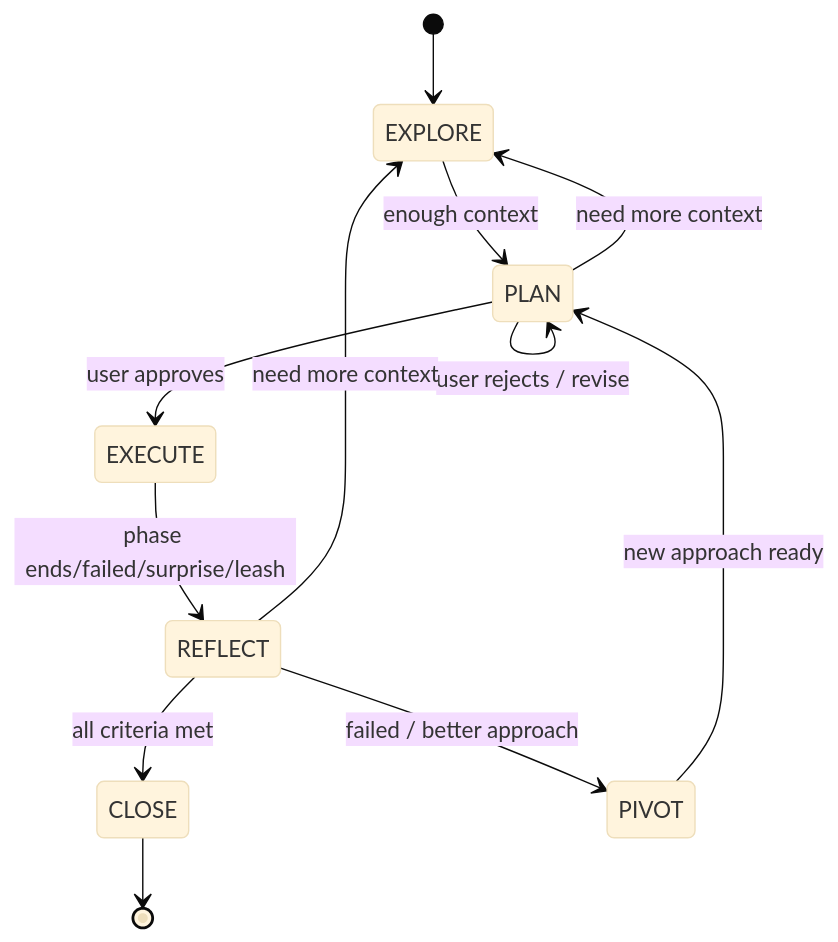
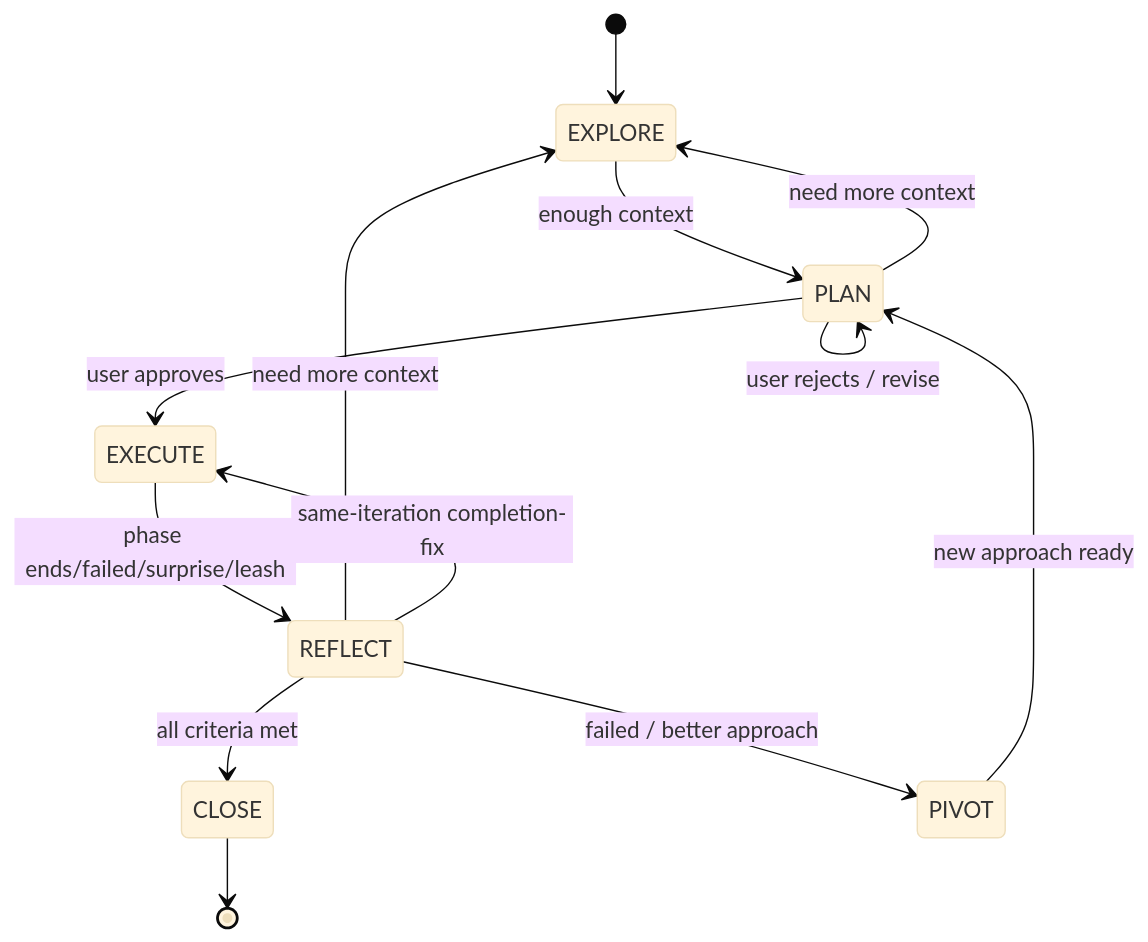
One commit to NikolasMarkou/iterative-planner changed the diagram in src/SKILL.md. Above: the diagram before and after it, drawn with Mermaid (base theme). The commit also changed other lines of this file and 6 other files, not shown here.

Commit message:
[plan-2026-07-15-a2b245a3/iter-1/step-1] T-01: legalize REFLECT→EXECUTE completion-fix edge across diagram/table/validator/PC-REFLECT + regression test

````diff
--- a/src/SKILL.md
+++ b/src/SKILL.md
@@ -44,14 +44,15 @@
 ```mermaid
 stateDiagram-v2
     [*] --> EXPLORE
     EXPLORE --> PLAN : enough context
     PLAN --> EXPLORE : need more context
     PLAN --> PLAN : user rejects / revise
     PLAN --> EXECUTE : user approves
     EXECUTE --> REFLECT : phase ends/failed/surprise/leash
     REFLECT --> CLOSE : all criteria met
     REFLECT --> PIVOT : failed / better approach
     REFLECT --> EXPLORE : need more context
+    REFLECT --> EXECUTE : same-iteration completion-fix
     PIVOT --> PLAN : new approach ready
     CLOSE --> [*]
 ```
````
